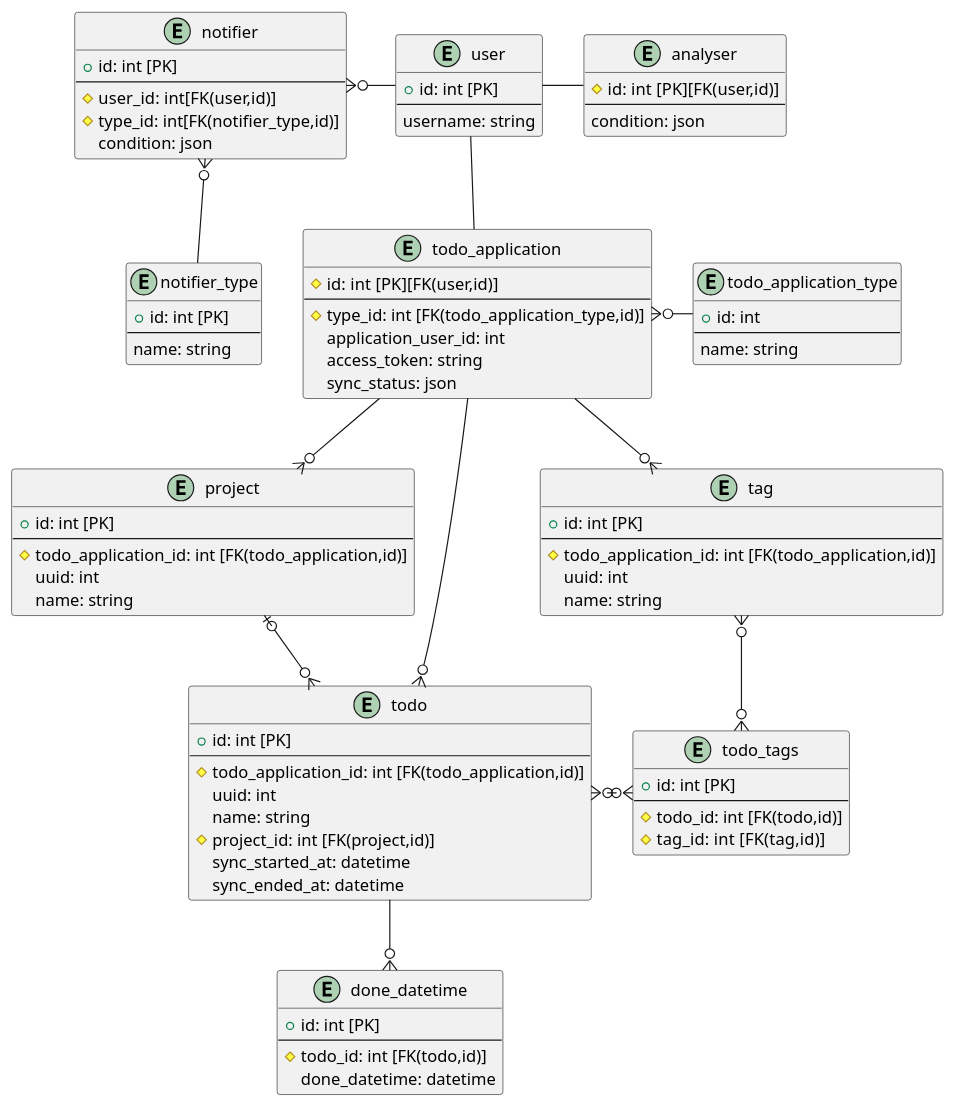
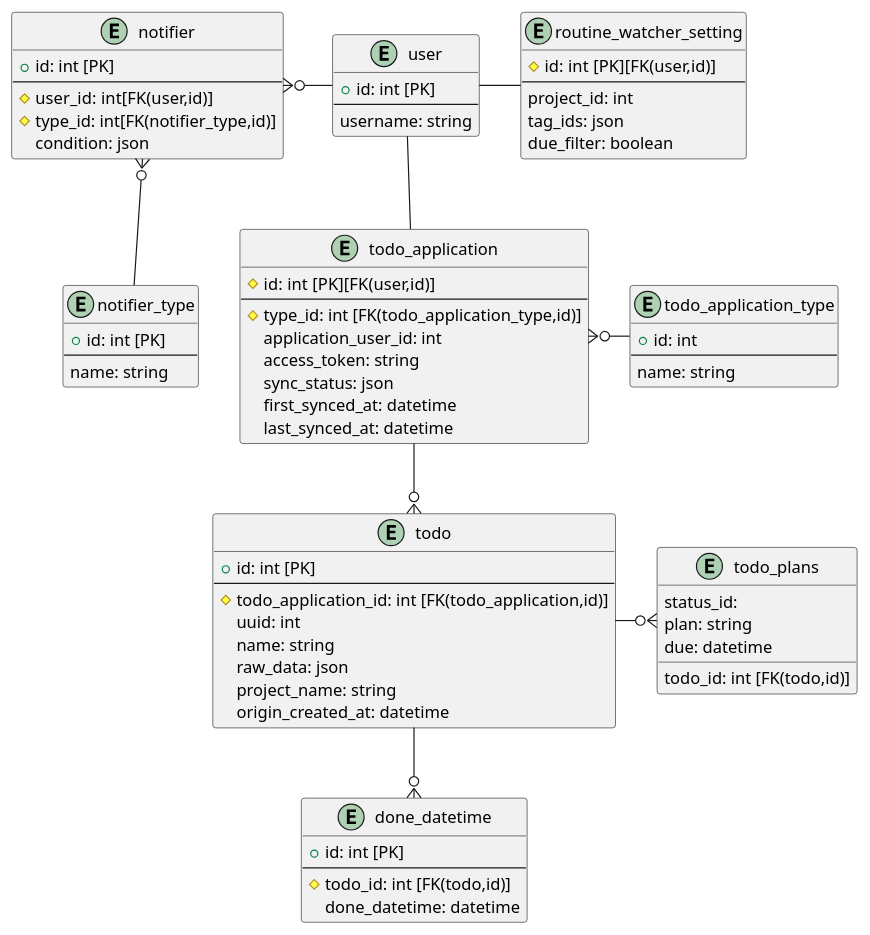
Before and after one commit to to-maru/tododog: the diagram in design/database.puml, drawn with PlantUML.

Commit message:
TBLの見直し

```diff
--- a/design/database.puml
+++ b/design/database.puml
@@ -1,102 +1,86 @@
 @startuml
 'https://plantuml.com/class-diagram
 
 hide empty members
 
 entity user {
 +id: int [PK]
 --
 username: string
 }
 
 entity todo_application {
 # id: int [PK][FK(user,id)]
 --
 # type_id: int [FK(todo_application_type,id)]
 application_user_id: int
 access_token: string
 sync_status: json
+first_synced_at: datetime
+last_synced_at: datetime
 }
 
 entity todo_application_type {
 + id: int
 --
 name: string
 }
 
 entity todo {
 +id: int [PK]
 --
 #todo_application_id: int [FK(todo_application,id)]
 uuid: int
 name: string
-#project_id: int [FK(project,id)]
-sync_started_at: datetime
-sync_ended_at: datetime
+raw_data: json
+project_name: string
+origin_created_at: datetime
 }
 
-entity todo_tags {
-+id: int [PK]
---
-#todo_id: int [FK(todo,id)]
-#tag_id: int  [FK(tag,id)]
+entity todo_plans {
+todo_id: int [FK(todo,id)]
+status_id:
+plan: string
+due: datetime
 }
 
 entity done_datetime {
 +id: int [PK]
 --
 #todo_id: int [FK(todo,id)]
 done_datetime: datetime
 }
 
-entity project {
-+id: int [PK]
---
-#todo_application_id: int [FK(todo_application,id)]
-uuid: int
-name: string
-}
-
-entity tag {
-+id: int [PK]
---
-#todo_application_id: int [FK(todo_application,id)]
-uuid: int
-name: string
-}
-
-entity analyser {
+entity routine_watcher_setting {
 # id: int [PK][FK(user,id)]
 --
-condition: json
+project_id: int
+tag_ids: json
+due_filter: boolean
 }
 
 entity notifier {
 + id: int [PK]
 --
 # user_id: int[FK(user,id)]
 # type_id: int[FK(notifier_type,id)]
 condition: json
 }
 
 entity notifier_type {
 + id: int [PK]
 --
 name: string
 }
 
 user -- todo_application
-user - analyser
+user - routine_watcher_setting
 user -left-o{ notifier
 notifier }o-- notifier_type
 
 todo_application }o- todo_application_type
-todo_application ---o{ todo
-todo_application -o{ project
-todo_application --o{ tag
-project |o--o{ todo
-tag }o--o{ todo_tags
-todo }o-o{ todo_tags
+todo_application --o{ todo
 todo --o{ done_datetime
+todo -o{ todo_plans
 
 @enduml
```
